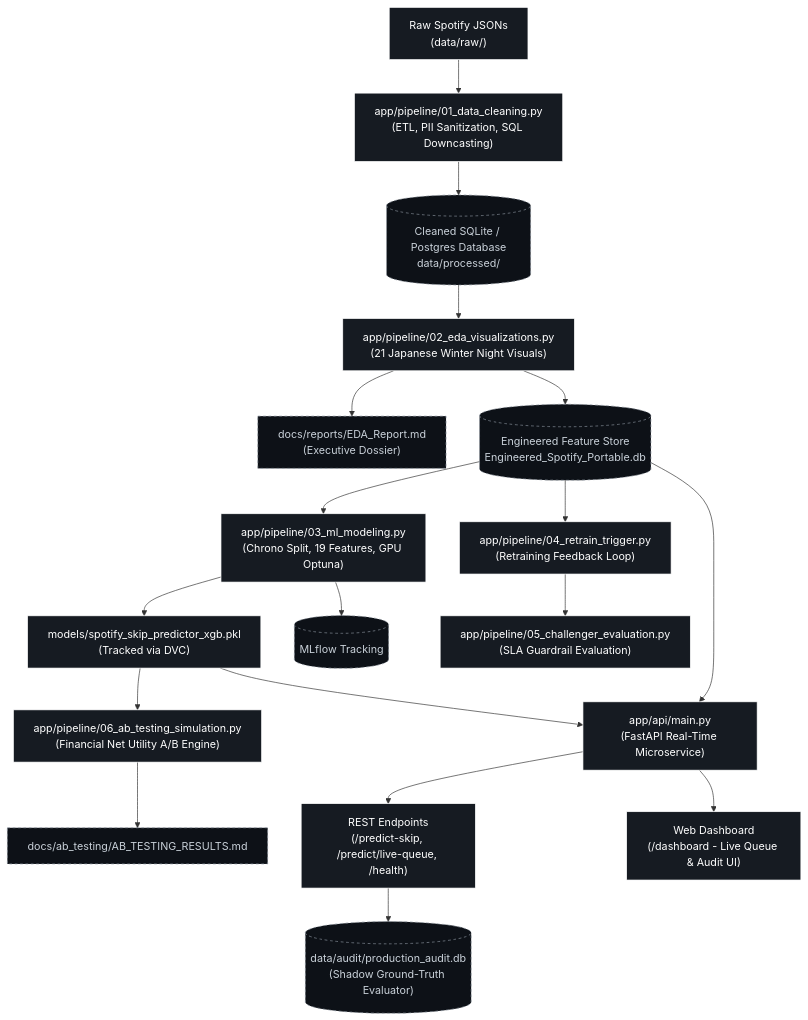
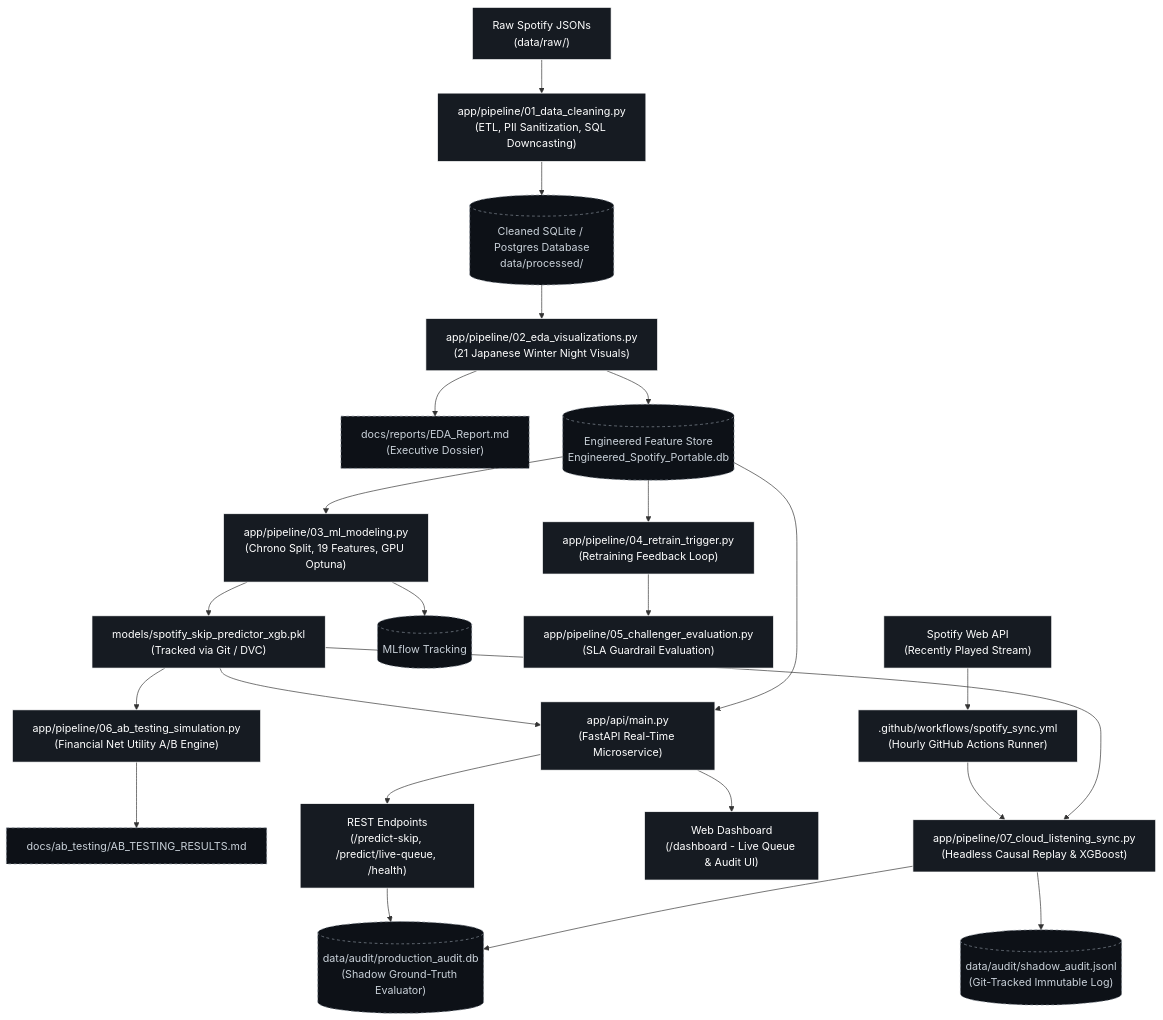
The diagram in README.md (NotCatfish/Spotify-Analytics-Pipeline), drawn with Mermaid before and after one commit. The commit also changed other lines of this file and 3 other files, not shown here.

Commit message:
docs: synchronize documentation for AWS retirement and 24/7 cloud listening sync

````diff
--- a/README.md
+++ b/README.md
@@ -46,27 +50,33 @@
 ```mermaid
 flowchart TD
     classDef darkBox fill:#161b22,stroke:#ffffff,stroke-width:1px,color:#ffffff;
     classDef storageBox fill:#0d1117,stroke:#8b949e,stroke-width:1px,stroke-dasharray: 4 4,color:#c9d1d9;
 
     A["Raw Spotify JSONs<br/>(data/raw/)"]:::darkBox --> B["app/pipeline/01_data_cleaning.py<br/>(ETL, PII Sanitization, SQL Downcasting)"]:::darkBox
     B --> C[("Cleaned SQLite / Postgres Database<br/>data/processed/")]:::storageBox
   
     C --> D["app/pipeline/02_eda_visualizations.py<br/>(21 Japanese Winter Night Visuals)"]:::darkBox
     D --> E["docs/reports/EDA_Report.md<br/>(Executive Dossier)"]:::storageBox
     D --> F[("Engineered Feature Store<br/>Engineered_Spotify_Portable.db")]:::storageBox
   
     F --> G["app/pipeline/03_ml_modeling.py<br/>(Chrono Split, 19 Features, GPU Optuna)"]:::darkBox
-    G --> H["models/spotify_skip_predictor_xgb.pkl<br/>(Tracked via DVC)"]:::darkBox
+    G --> H["models/spotify_skip_predictor_xgb.pkl<br/>(Tracked via Git / DVC)"]:::darkBox
     G --> I[("MLflow Tracking")]:::storageBox
 
     F --> J["app/pipeline/04_retrain_trigger.py<br/>(Retraining Feedback Loop)"]:::darkBox
     J --> K["app/pipeline/05_challenger_evaluation.py<br/>(SLA Guardrail Evaluation)"]:::darkBox
     H --> L["app/pipeline/06_ab_testing_simulation.py<br/>(Financial Net Utility A/B Engine)"]:::darkBox
     L --> M["docs/ab_testing/AB_TESTING_RESULTS.md"]:::storageBox
 
     H --> N["app/api/main.py<br/>(FastAPI Real-Time Microservice)"]:::darkBox
     F --> N
     N --> O["REST Endpoints<br/>(/predict-skip, /predict/live-queue, /health)"]:::darkBox
     N --> P["Web Dashboard<br/>(/dashboard - Live Queue & Audit UI)"]:::darkBox
     O --> Q[("data/audit/production_audit.db<br/>(Shadow Ground-Truth Evaluator)")]:::storageBox
+
+    R["Spotify Web API<br/>(Recently Played Stream)"]:::darkBox --> S[".github/workflows/spotify_sync.yml<br/>(Hourly GitHub Actions Runner)"]:::darkBox
+    S --> T["app/pipeline/07_cloud_listening_sync.py<br/>(Headless Causal Replay & XGBoost)"]:::darkBox
+    H --> T
+    T --> Q
+    T --> U[("data/audit/shadow_audit.jsonl<br/>(Git-Tracked Immutable Log)")]:::storageBox
 ```
````
